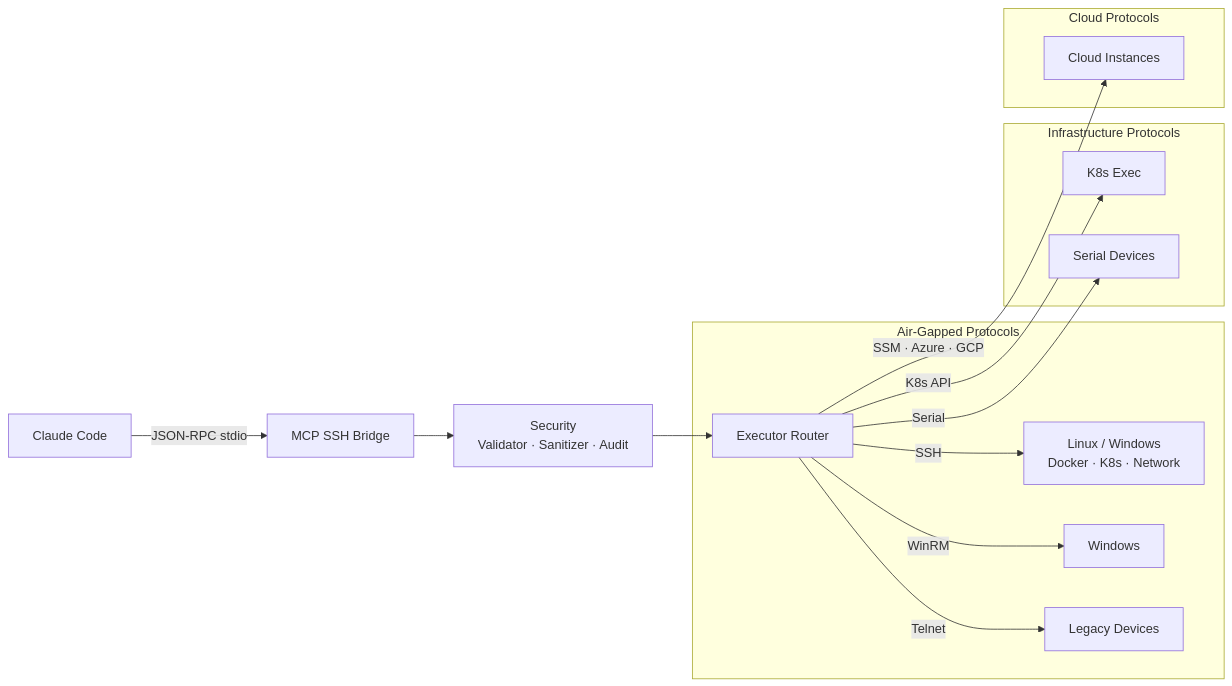
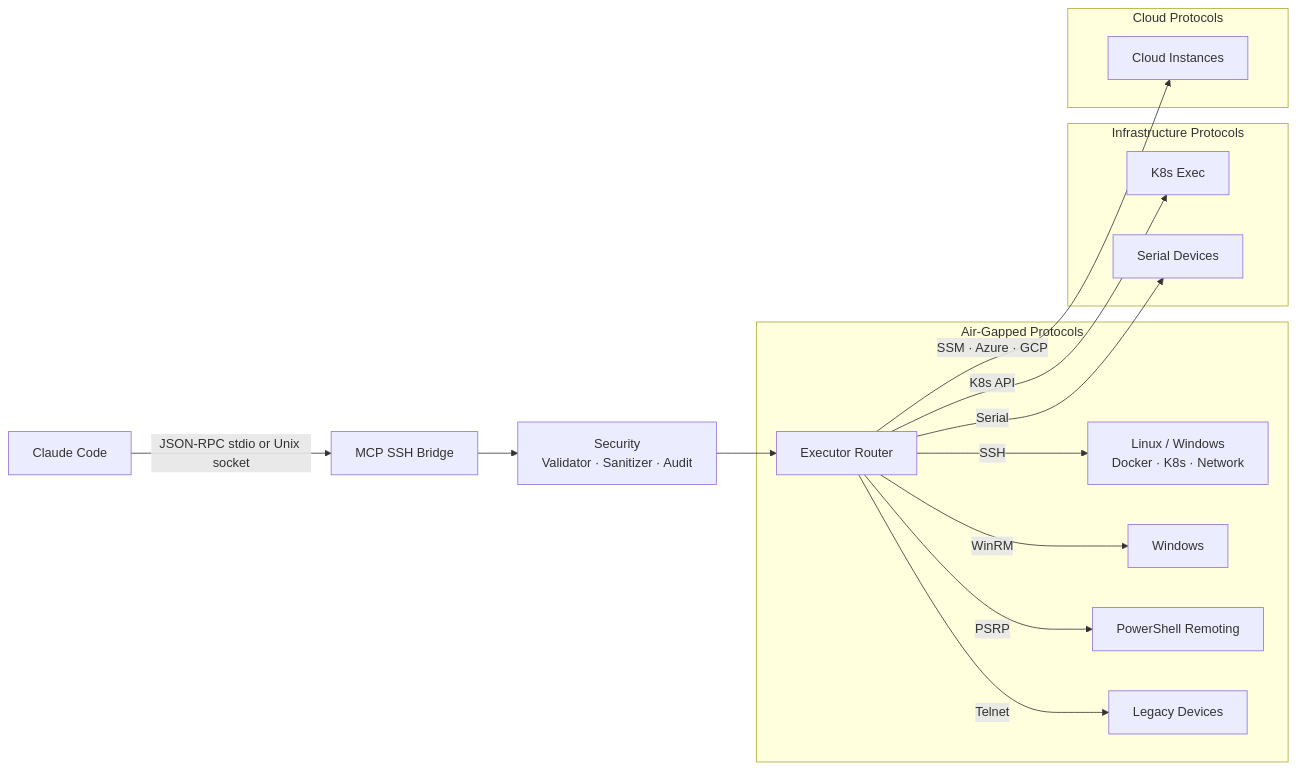
The diagram in README.md (muchiny/mcp-ssh-bridge), drawn with Mermaid before and after one commit. The commit also changed other lines of this file and 15 other files, not shown here.

````diff
--- a/README.md
+++ b/README.md
@@ -137,22 +140,23 @@
 ```mermaid
 graph LR
-    CC[Claude Code] -->|JSON-RPC stdio| BR[MCP SSH Bridge]
+    CC[Claude Code] -->|JSON-RPC stdio or Unix socket| BR[MCP SSH Bridge]
 
     BR --> SEC[Security<br/>Validator · Sanitizer · Audit]
     SEC --> ER[Executor Router]
 
     subgraph "Air-Gapped Protocols"
         ER -->|SSH| P1[Linux / Windows<br/>Docker · K8s · Network]
         ER -->|WinRM| P2[Windows]
+        ER -->|PSRP| P2b[PowerShell Remoting]
         ER -->|Telnet| P3[Legacy Devices]
     end
 
     subgraph "Infrastructure Protocols"
         ER -->|K8s API| P6[K8s Exec]
         ER -->|Serial| P7[Serial Devices]
     end
 
     subgraph "Cloud Protocols"
         ER -->|SSM · Azure · GCP| P9[Cloud Instances]
     end
 ```
````
